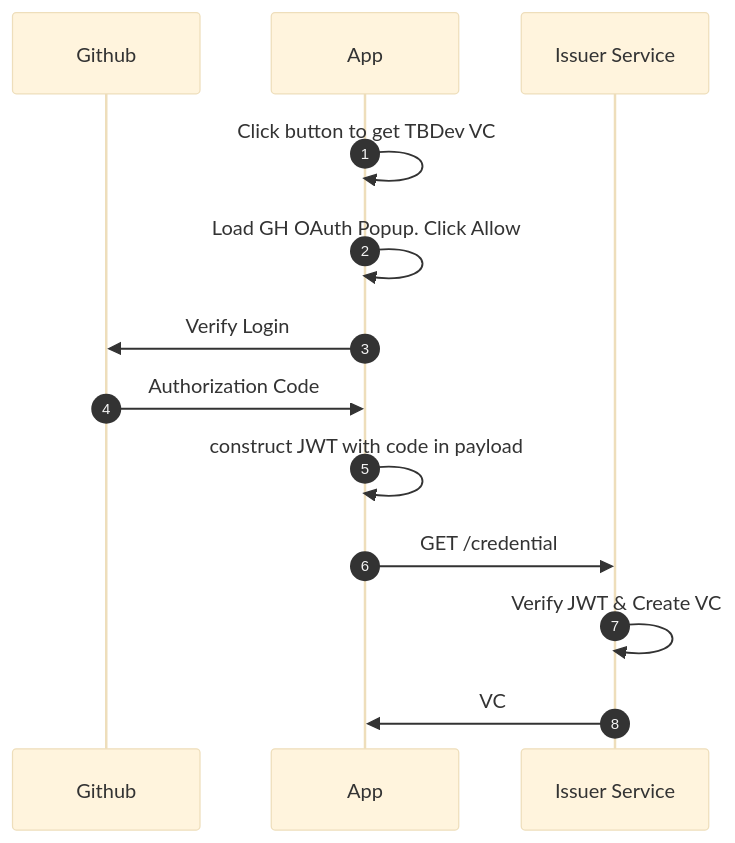
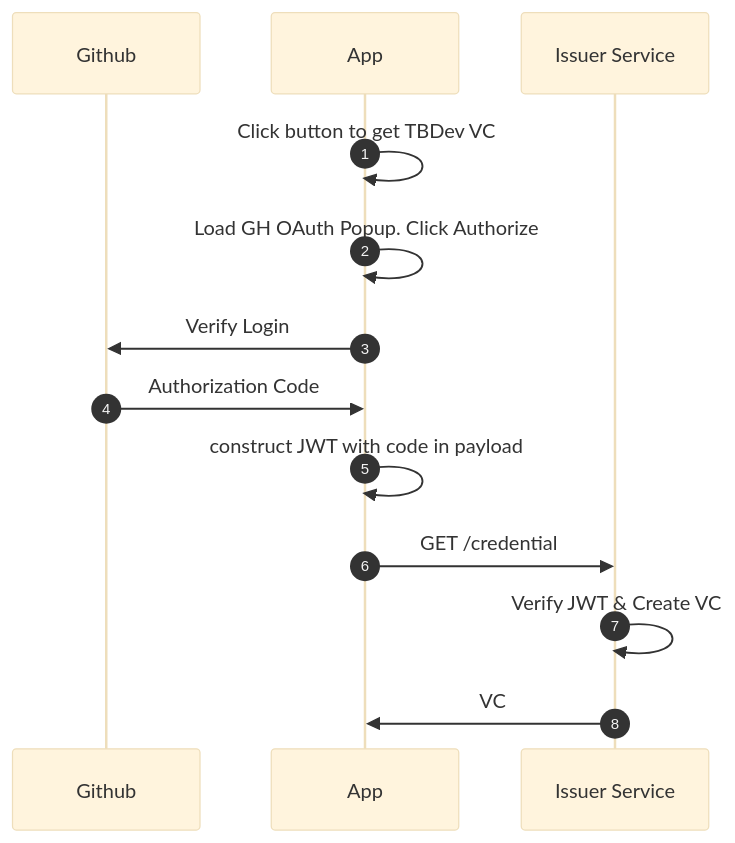
One commit to TBD54566975/workshop-tbdex-abc-vc-issuer changed the diagram in README.md. Above: the diagram before and after it, drawn with Mermaid (base theme).

````diff
--- a/README.md
+++ b/README.md
@@ -18,17 +18,17 @@
 ```mermaid
 sequenceDiagram
 autonumber
 
 participant GH as Github
 participant A as App
 participant I as Issuer Service
 
 A->>A: Click button to get TBDev VC
-A->>A: Load GH OAuth Popup. Click Allow
+A->>A: Load GH OAuth Popup. Click Authorize
 A->>GH: Verify Login
 GH->>A: Authorization Code
 A->>A: construct JWT with code in payload
 A->>I: GET /credential
 I->>I: Verify JWT & Create VC
 I->>A: VC
 ```
````
